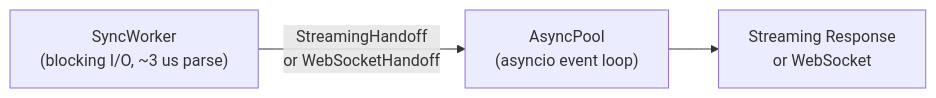
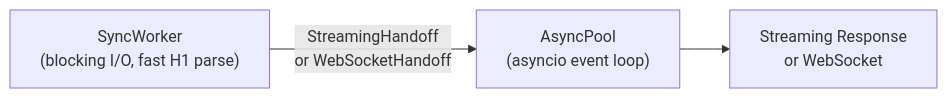
One commit to lbliii/pounce changed the second of 3 diagrams in site/content/docs/about/architecture.md. Above: the diagram before and after it, drawn with Mermaid. The commit also changed other lines of this file and 30 other files, not shown here.

````diff
--- a/site/content/docs/about/architecture.md
+++ b/site/content/docs/about/architecture.md
@@ -120,5 +122,5 @@
 ```mermaid
 flowchart LR
-    SW["SyncWorker\n(blocking I/O, ~3 us parse)"] -->|"StreamingHandoff\nor WebSocketHandoff"| AP["AsyncPool\n(asyncio event loop)"]
+    SW["SyncWorker\n(blocking I/O, fast H1 parse)"] -->|"StreamingHandoff\nor WebSocketHandoff"| AP["AsyncPool\n(asyncio event loop)"]
     AP --> Stream["Streaming Response\nor WebSocket"]
 ```
````
